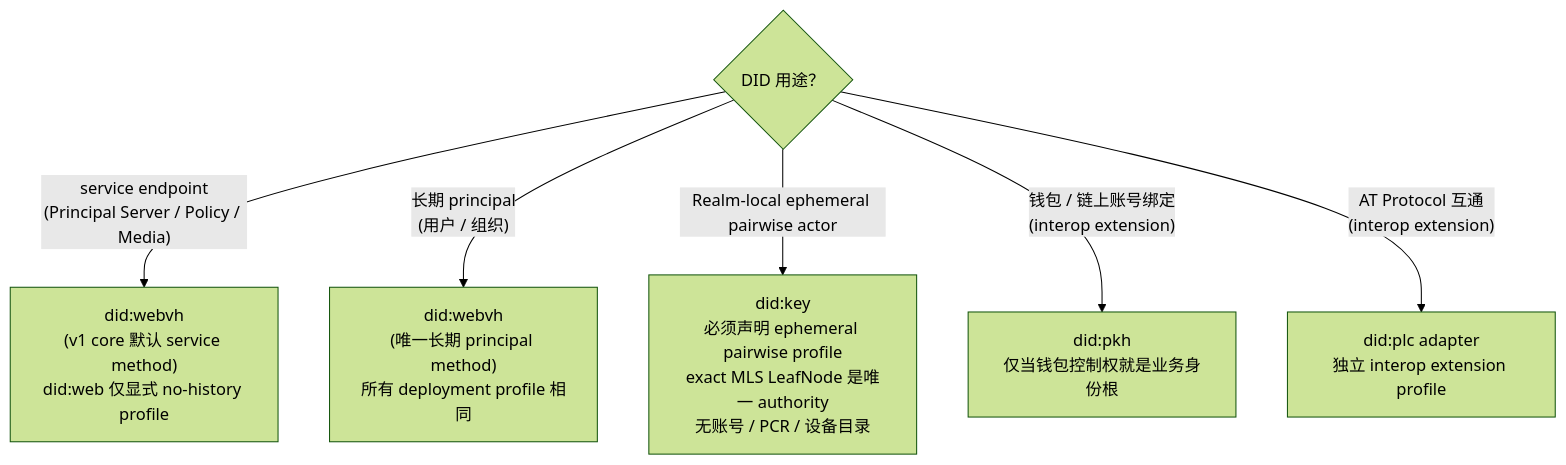
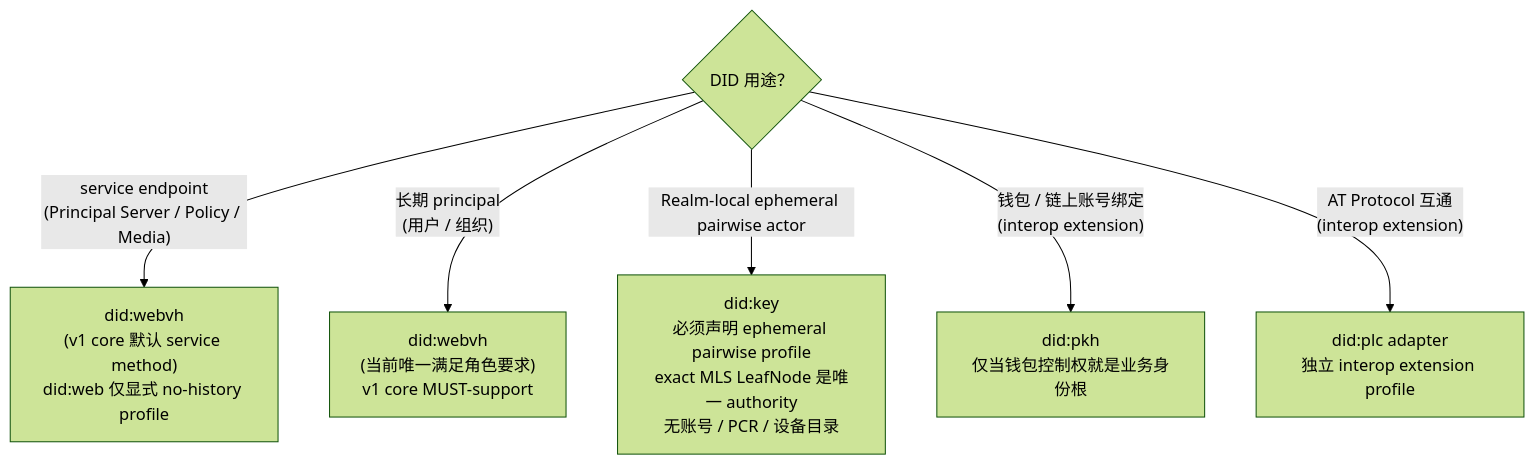
One commit to arkret-org/arkret-spec changed the diagram in spec/v1/zh/identity/identity-did.md. Above: the diagram before and after it, drawn with Mermaid (forest theme). The commit also changed other lines of this file and 18 other files, not shown here.

Commit message:
Derive DID method role eligibility from registry

````diff
--- a/spec/v1/zh/identity/identity-did.md
+++ b/spec/v1/zh/identity/identity-did.md
@@ -150,15 +163,15 @@
 ```mermaid
 flowchart TB
     Q1{"DID 用途？"}
 
     Q1 -- "service endpoint<br/>(Principal Server / Policy / Media)" --> SVC["did:webvh<br/>(v1 core 默认 service method)<br/>did:web 仅显式 no-history profile"]
 
-    Q1 -- "长期 principal<br/>(用户 / 组织)" --> PRINCIPAL["did:webvh<br/>(唯一长期 principal method)<br/>所有 deployment profile 相同"]
+    Q1 -- "长期 principal<br/>(用户 / 组织)" --> PRINCIPAL["did:webvh<br/>(当前唯一满足角色要求)<br/>v1 core MUST-support"]
 
     Q1 -- "Realm-local ephemeral pairwise actor" --> KEY["did:key<br/>必须声明 ephemeral pairwise profile<br/>exact MLS LeafNode 是唯一 authority<br/>无账号 / PCR / 设备目录"]
 
     Q1 -- "钱包 / 链上账号绑定<br/>(interop extension)" --> PKH["did:pkh<br/>仅当钱包控制权就是业务身份根"]
 
     Q1 -- "AT Protocol 互通<br/>(interop extension)" --> PLC["did:plc adapter<br/>独立 interop extension profile"]
 
 ```
````
